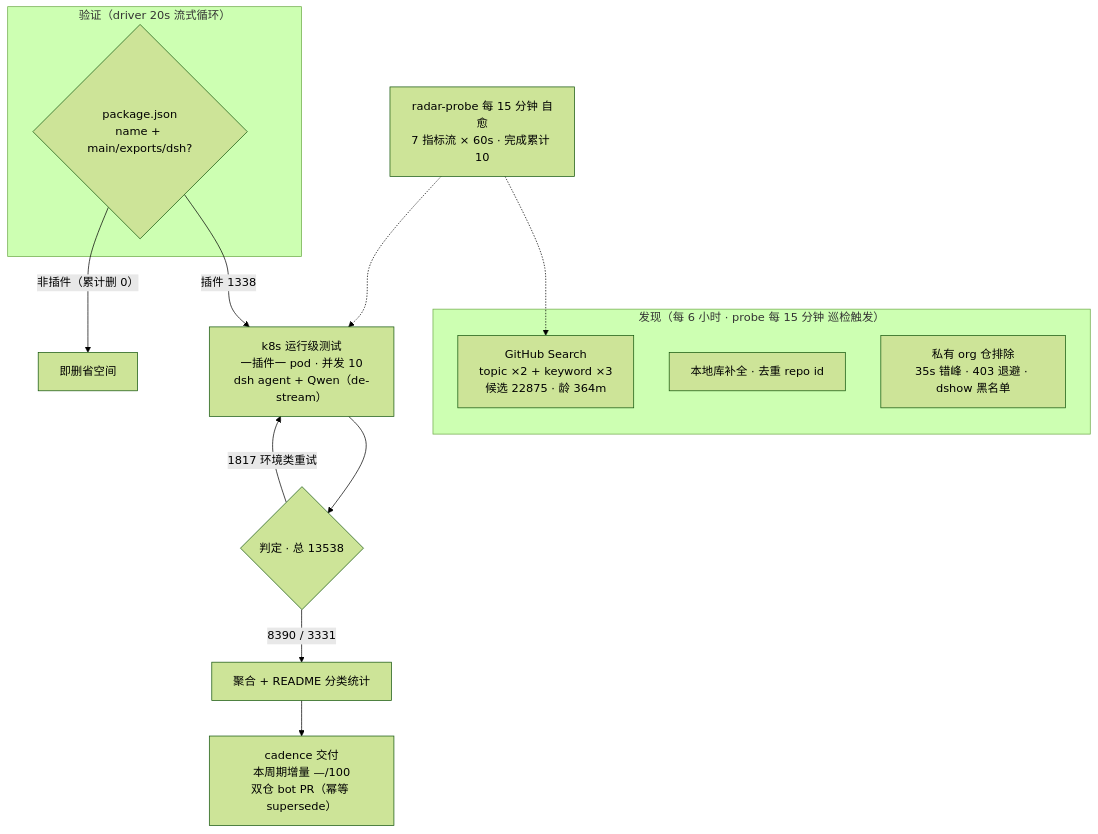
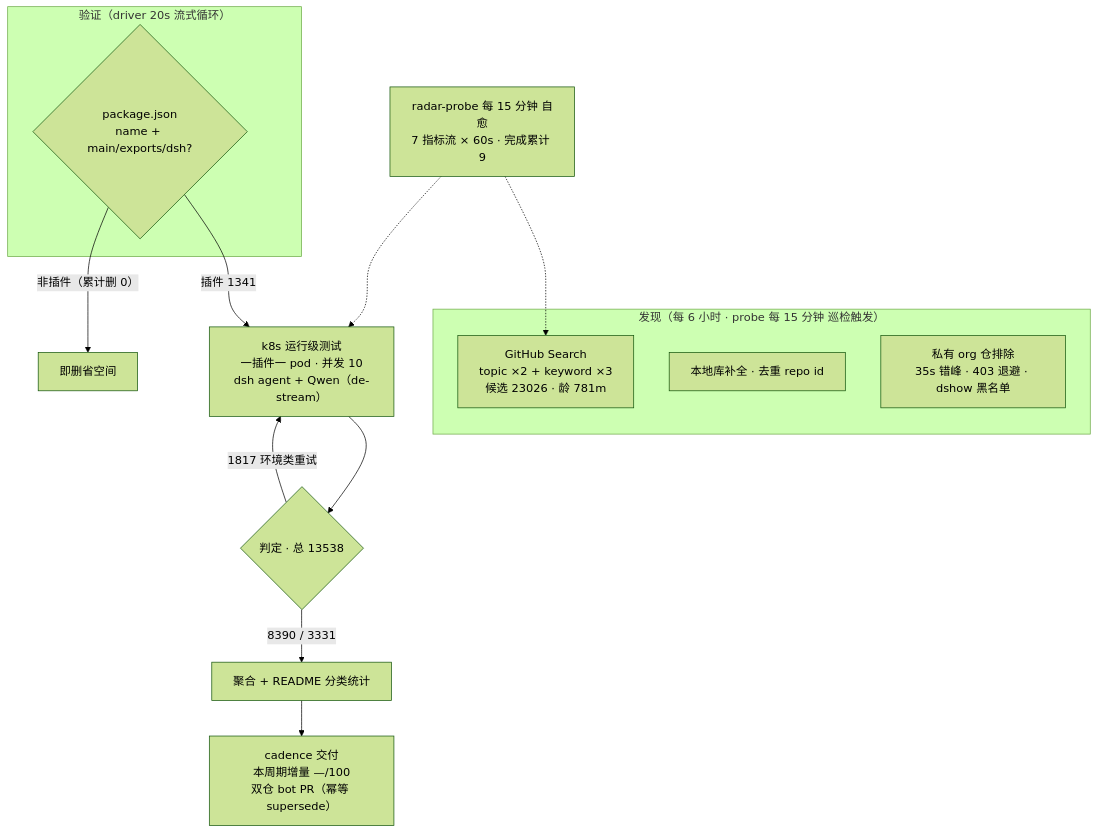
One commit to 1420079678-ctrl/dsh-plugin-radar changed the diagram in README.md. Above: the diagram before and after it, drawn with Mermaid (forest theme). The commit also changed other lines of this file and 16 other files, not shown here.

````diff
--- a/README.md
+++ b/README.md
@@ -74,20 +76,20 @@
 ```mermaid
 flowchart TB
     subgraph Discovery["发现（每 6 小时 · probe 每 15 分钟 巡检触发）"]
-        A1["GitHub Search<br/>topic ×2 + keyword ×3<br/>候选 22875 · 龄 364m"]
+        A1["GitHub Search<br/>topic ×2 + keyword ×3<br/>候选 23026 · 龄 781m"]
         A2["本地库补全 · 去重 repo id"]
         A3["私有 org 仓排除<br/>35s 错峰 · 403 退避 · dshow 黑名单"]
     end
     subgraph Validation["验证（driver 20s 流式循环）"]
         B1{"package.json<br/>name + main/exports/dsh?"}
     end
-    B1 -->|"插件 1338"| C1["k8s 运行级测试<br/>一插件一 pod · 并发 10<br/>dsh agent + Qwen（de-stream）"]
+    B1 -->|"插件 1341"| C1["k8s 运行级测试<br/>一插件一 pod · 并发 10<br/>dsh agent + Qwen（de-stream）"]
     B1 -->|"非插件（累计删 0）"| B3["即删省空间"]
     C1 --> D1{"判定 · 总 13538"}
     D1 -->|"8390 / 3331"| E1["聚合 + README 分类统计"]
     D1 -->|"1817 环境类重试"| C1
     E1 --> E2["cadence 交付<br/>本周期增量 —/100<br/>双仓 bot PR（幂等 supersede）"]
-    M["radar-probe 每 15 分钟 自愈<br/>7 指标流 × 60s · 完成累计 10"]
+    M["radar-probe 每 15 分钟 自愈<br/>7 指标流 × 60s · 完成累计 9"]
     M -.-> A1
     M -.-> C1
 ```
````
